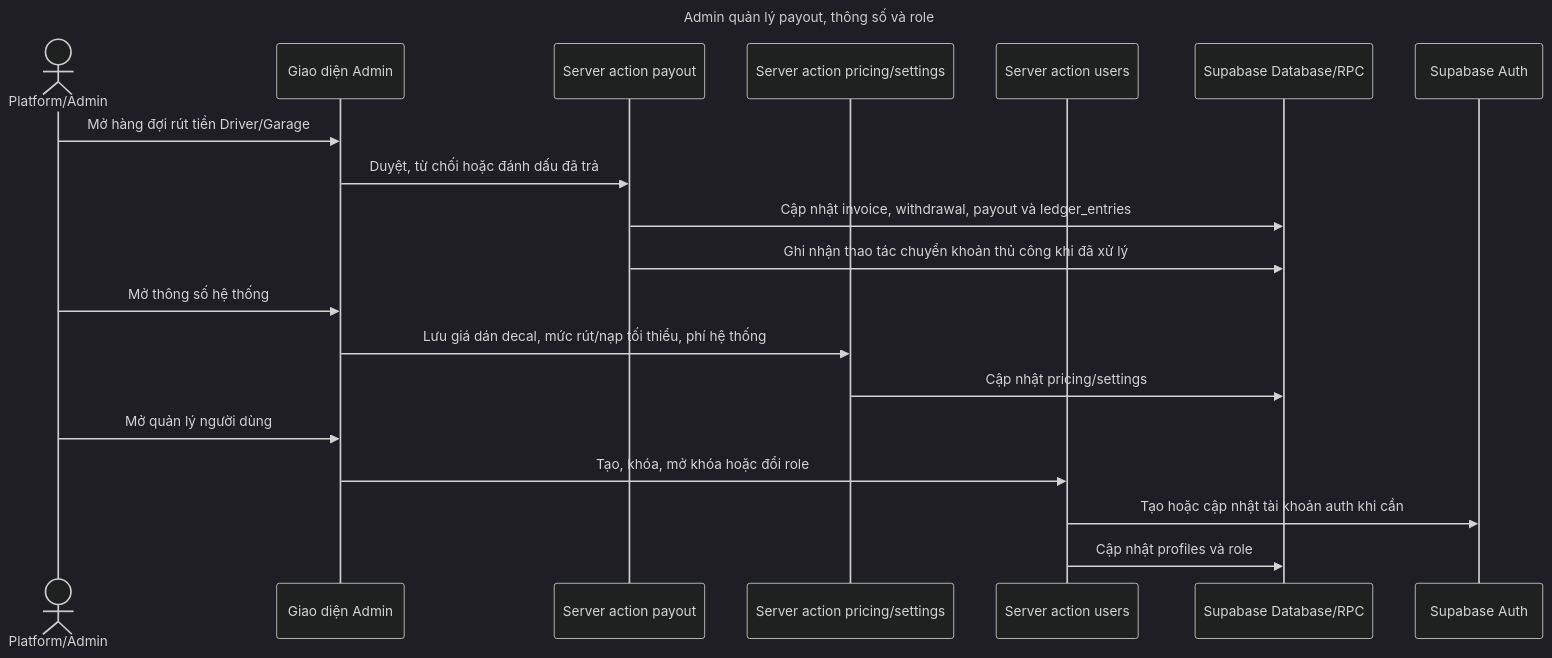
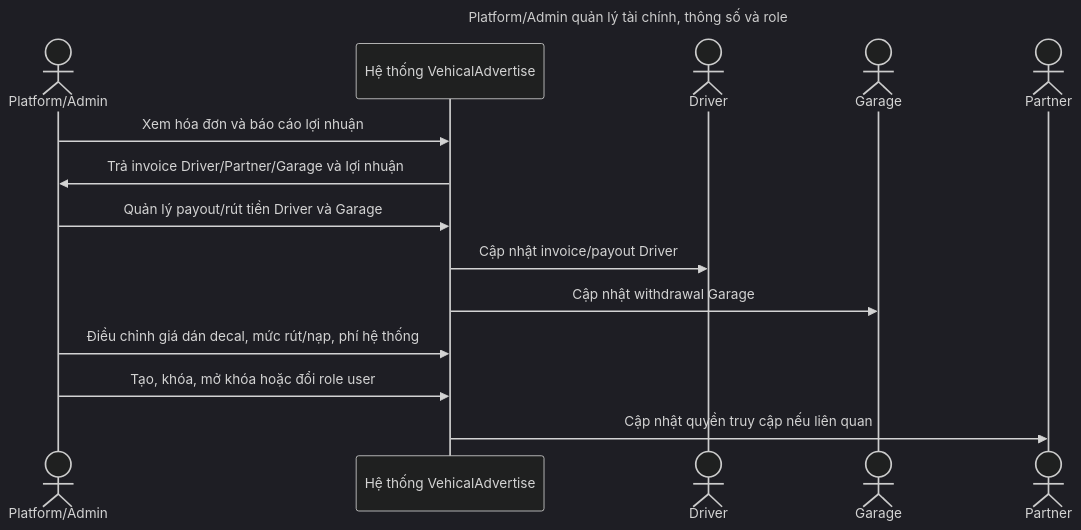
One commit to kjasng/VehicalAdvertise changed the eighth of 8 diagrams in docs/sequence-usecases.md. Above: the diagram before and after it, drawn with Mermaid (dark theme). The commit also changed other lines of this file and 14 other files, not shown here.

````diff
--- a/docs/sequence-usecases.md
+++ b/docs/sequence-usecases.md
@@ -511,22 +156,17 @@
 ```mermaid
 sequenceDiagram
-    title Admin quản lý payout, thông số và role
-    actor Admin as Platform/Admin
-    participant AdminUI as Giao diện Admin
-    participant PayoutAction as Server action payout
-    participant SettingsAction as Server action pricing/settings
-    participant UserAction as Server action users
-    participant DB as Supabase Database/RPC
-    participant Auth as Supabase Auth
-    Admin->>AdminUI: Mở hàng đợi rút tiền Driver/Garage
-    AdminUI->>PayoutAction: Duyệt, từ chối hoặc đánh dấu đã trả
-    PayoutAction->>DB: Cập nhật invoice, withdrawal, payout và ledger_entries
-    PayoutAction->>DB: Ghi nhận thao tác chuyển khoản thủ công khi đã xử lý
-    Admin->>AdminUI: Mở thông số hệ thống
-    AdminUI->>SettingsAction: Lưu giá dán decal, mức rút/nạp tối thiểu, phí hệ thống
-    SettingsAction->>DB: Cập nhật pricing/settings
-    Admin->>AdminUI: Mở quản lý người dùng
-    AdminUI->>UserAction: Tạo, khóa, mở khóa hoặc đổi role
-    UserAction->>Auth: Tạo hoặc cập nhật tài khoản auth khi cần
-    UserAction->>DB: Cập nhật profiles và role
+    title Platform/Admin quản lý tài chính, thông số và role
+    actor P1 as Platform/Admin
+    participant P2 as Hệ thống VehicalAdvertise
+    actor P3 as Driver
+    actor P4 as Garage
+    actor P5 as Partner
+    P1->>P2: Xem hóa đơn và báo cáo lợi nhuận
+    P2->>P1: Trả invoice Driver/Partner/Garage và lợi nhuận
+    P1->>P2: Quản lý payout/rút tiền Driver và Garage
+    P2->>P3: Cập nhật invoice/payout Driver
+    P2->>P4: Cập nhật withdrawal Garage
+    P1->>P2: Điều chỉnh giá dán decal, mức rút/nạp, phí hệ thống
+    P1->>P2: Tạo, khóa, mở khóa hoặc đổi role user
+    P2->>P5: Cập nhật quyền truy cập nếu liên quan
 ```
````
